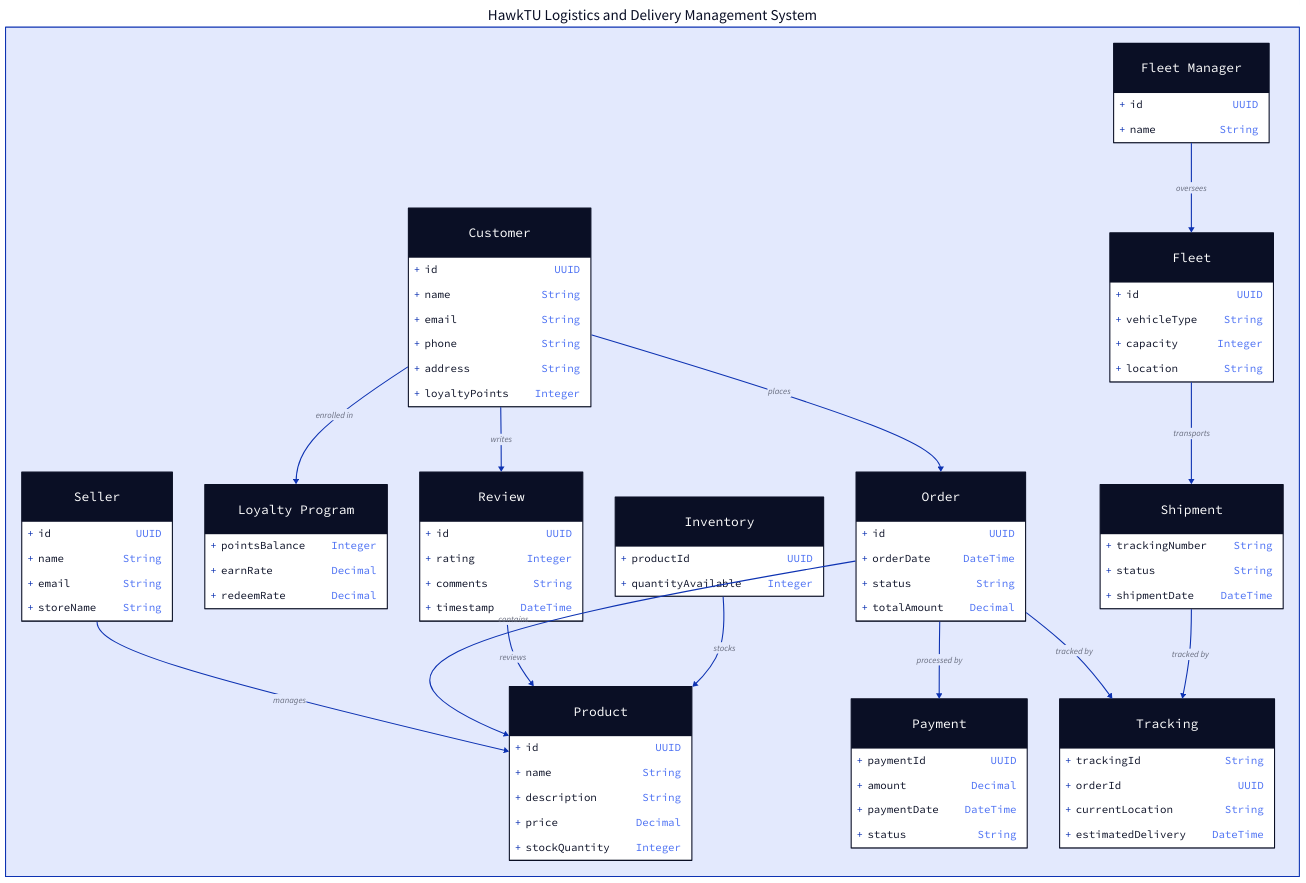
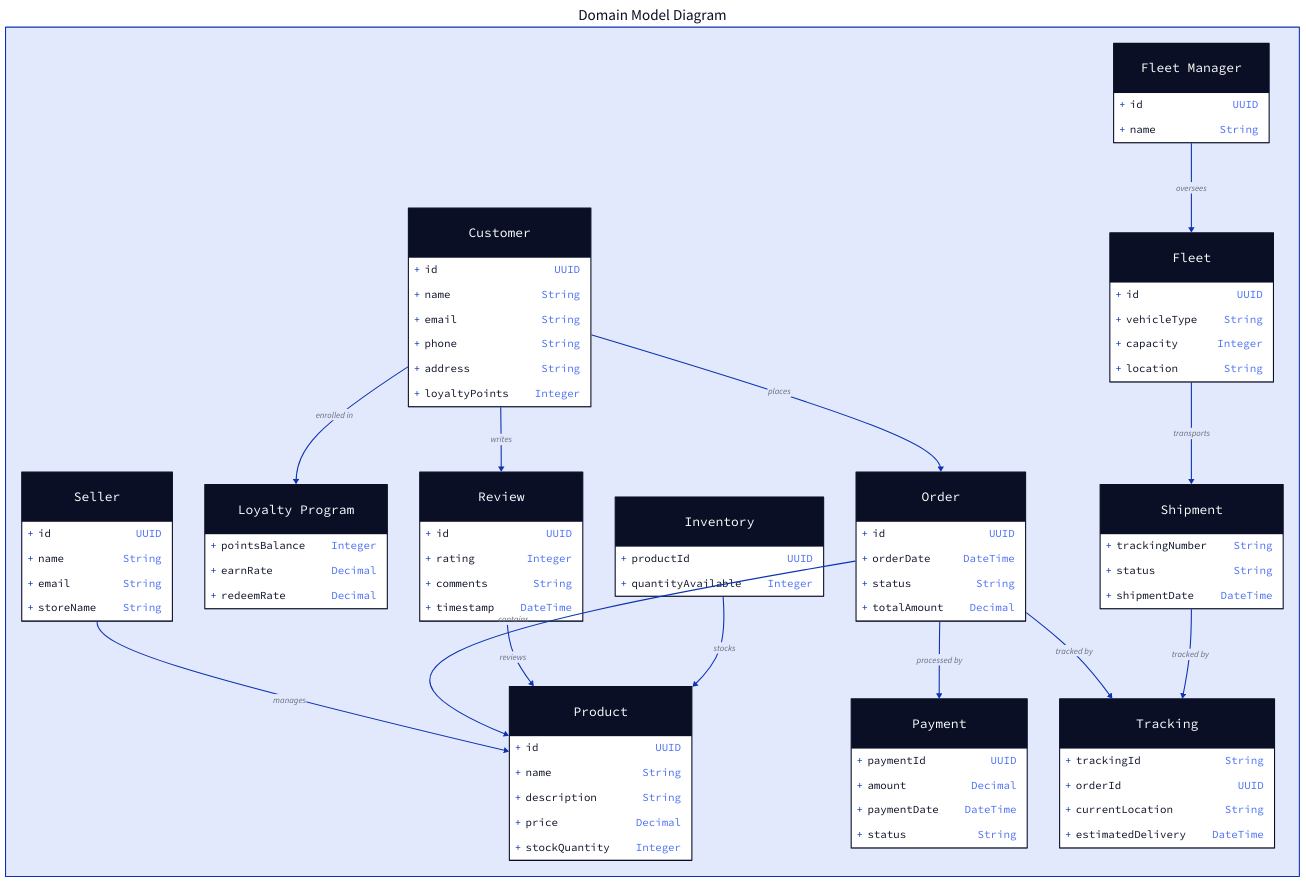
One commit to Arqamz/hawktu-logistics changed the diagram in documentation/diagrams/domain-model.d2. Above: the diagram before and after it, drawn with D2.

Commit message:
Consistent theming

```diff
--- a/documentation/diagrams/domain-model.d2
+++ b/documentation/diagrams/domain-model.d2
@@ -1,156 +1,156 @@
 Domain Model Diagram: {
-  label: "HawkTU Logistics and Delivery Management System"
+  label: "Domain Model Diagram"
 
   Customer: Customer {
     shape: class
     +id: UUID
     +name: String
     +email: String
     +phone: String
     +address: String
     +loyaltyPoints: Integer
   }
 
   Product: Product {
     shape: class
     +id: UUID
     +name: String
     +description: String
     +price: Decimal
     +stockQuantity: Integer
   }
 
   Order: Order {
     shape: class
     +id: UUID
     +orderDate: DateTime
     +status: String
     +totalAmount: Decimal
   }
 
   LoyaltyProgram: Loyalty Program {
     shape: class
     +pointsBalance: Integer
     +earnRate: Decimal
     +redeemRate: Decimal
   }
 
   Review: Review {
     shape: class
     +id: UUID
     +rating: Integer
     +comments: String
     +timestamp: DateTime
   }
 
   Inventory: Inventory {
     shape: class
     +productId: UUID
     +quantityAvailable: Integer
   }
 
   Seller: Seller {
     shape: class
     +id: UUID
     +name: String
     +email: String
     +storeName: String
   }
 
   Fleet: Fleet {
     shape: class
     +id: UUID
     +vehicleType: String
     +capacity: Integer
     +location: String
   }
 
   Shipment: Shipment {
     shape: class
     +trackingNumber: String
     +status: String
     +shipmentDate: DateTime
   }
 
   Payment: Payment {
     shape: class
     +paymentId: UUID
     +amount: Decimal
     +paymentDate: DateTime
     +status: String
   }
 
   Tracking: Tracking {
     shape: class
     +trackingId: String
     +orderId: UUID
     +currentLocation: String
     +estimatedDelivery: DateTime
   }
 
   FleetManager: Fleet Manager {
     shape: class
     +id: UUID
     +name: String
   }
 
   Customer -> Order: places {
     # source-arrowhead: 1
     # target-arrowhead: *
   }
 
   Customer -> LoyaltyProgram: enrolled in {
     # source-arrowhead: 1
     # target-arrowhead: 1
   }
 
   Customer -> Review: writes {
     # source-arrowhead: 1
     # target-arrowhead: *
   }
 
   Seller -> Product: manages {
     # source-arrowhead: 1
     # target-arrowhead: *
   }
 
   Order -> Product: contains {
     # source-arrowhead: 1
     # target-arrowhead: *
   }
 
   Order -> Payment: processed by {
     # source-arrowhead: 1
     # target-arrowhead: 1
   }
 
   Order -> Tracking: tracked by {
     # source-arrowhead: 1
     # target-arrowhead: 1
   }
 
   Review -> Product: reviews {
     # source-arrowhead: *
     # target-arrowhead: 1
   }
 
   Inventory -> Product: stocks {
     # source-arrowhead: *
     # target-arrowhead: 1
   }
 
   Fleet -> Shipment: transports {
     # source-arrowhead: *
     # target-arrowhead: 1
   }
 
   FleetManager -> Fleet: oversees {
     # source-arrowhead: 1
     # target-arrowhead: *
   }
 
   Shipment -> Tracking: tracked by {
     # source-arrowhead: 1
     # target-arrowhead: 1
   }
 }
```
